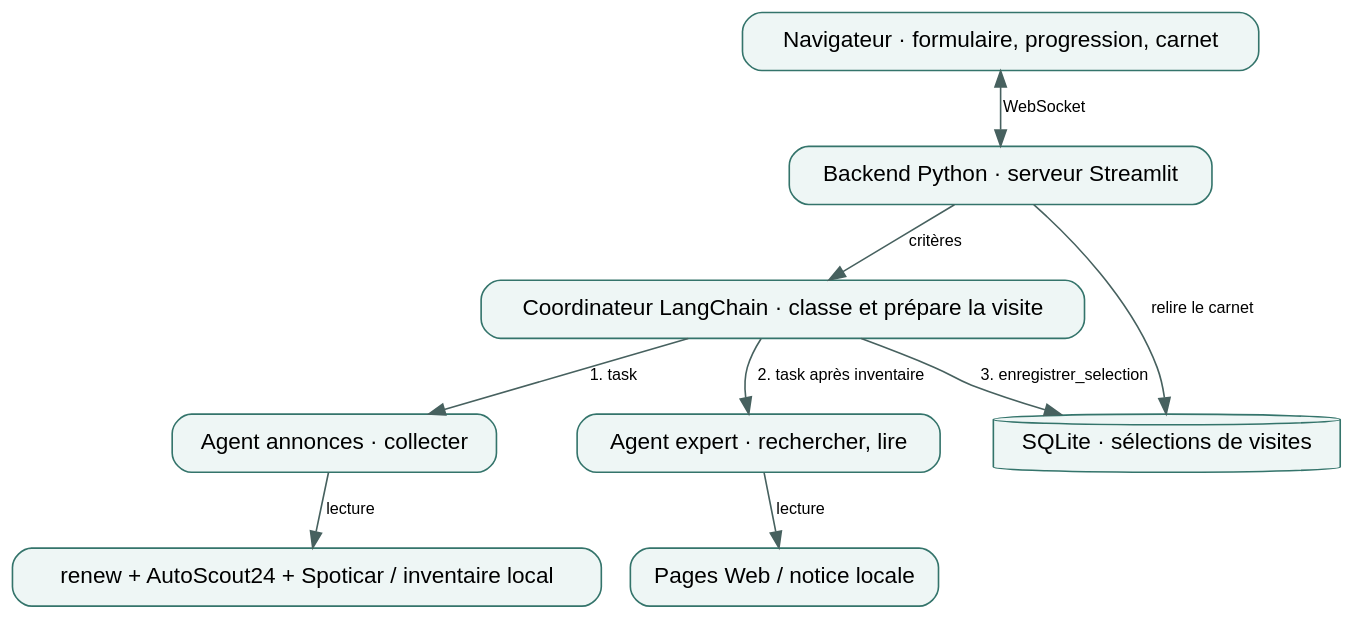
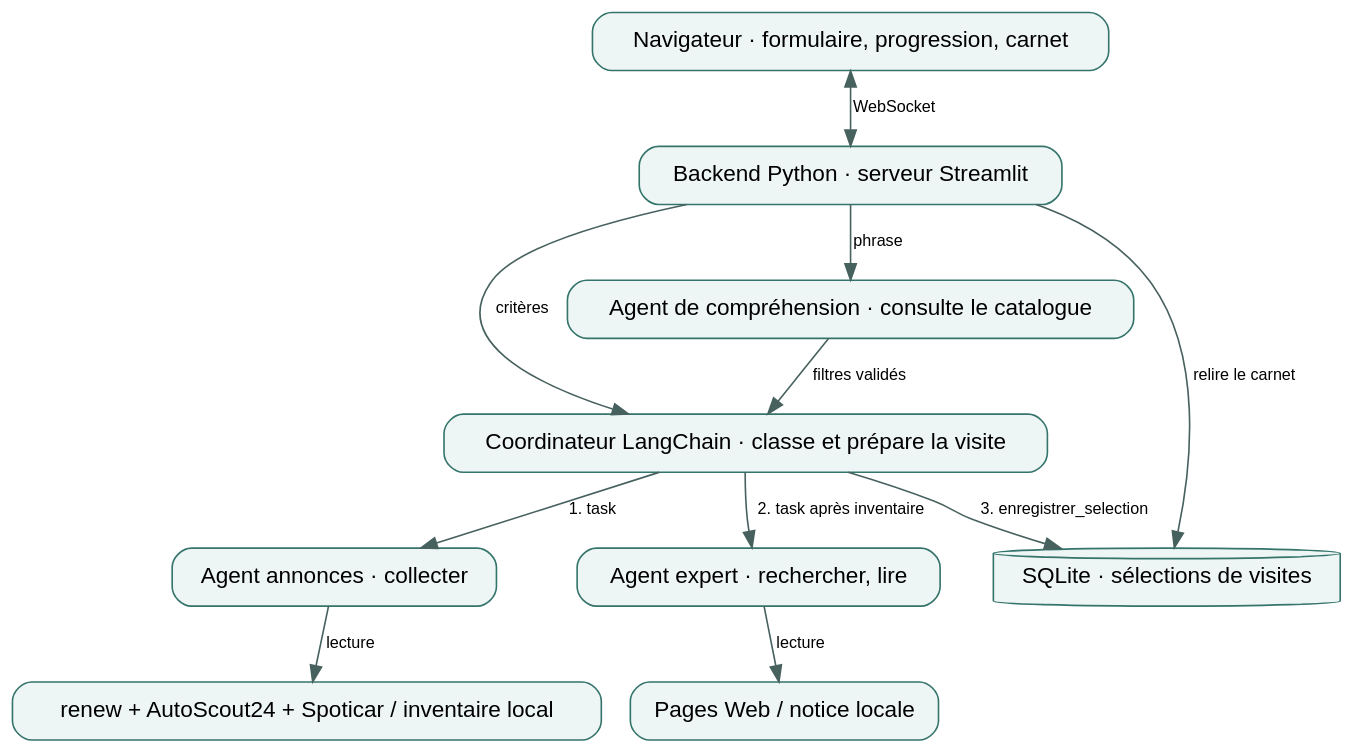
Before and after one commit to theomrn/CarFinder: the diagram in docs/architecture.dot, drawn with Graphviz. The commit also changed 2 other files, not shown here.

Commit message:
docs: describe natural language search and agent architecture

```diff
--- a/docs/architecture.dot
+++ b/docs/architecture.dot
@@ -1,22 +1,25 @@
 digraph Carnet {
   graph [rankdir=TB, bgcolor="transparent"];
   node [shape=box, style="rounded,filled", fillcolor="#eef6f5", color="#34746b", fontname="Helvetica"];
   edge [fontname="Helvetica", fontsize=10, color="#47615f"];
   navigateur [label="Navigateur · formulaire, progression, carnet"];
   serveur [label="Backend Python · serveur Streamlit"];
   chef [label="Coordinateur LangChain · classe et prépare la visite"];
   annonces [label="Agent annonces · collecter"];
   expert [label="Agent expert · rechercher, lire"];
   catalogue [label="renew + AutoScout24 + Spoticar / inventaire local"];
   documents [label="Pages Web / notice locale"];
   carnet [label="SQLite · sélections de visites", shape=cylinder];
   navigateur -> serveur [dir=both, label="WebSocket"];
+  intention [label="Agent de compréhension · consulte le catalogue"];
+  serveur -> intention [label="phrase"];
+  intention -> chef [label="filtres validés"];
   serveur -> chef [label="critères"];
   chef -> annonces [label="1. task"];
   annonces -> catalogue [label="lecture"];
   chef -> expert [label="2. task après inventaire"];
   expert -> documents [label="lecture"];
   chef -> carnet [label="3. enregistrer_selection"];
   serveur -> carnet [label="relire le carnet"];
   { rank=same; annonces; expert; }
 }
```
